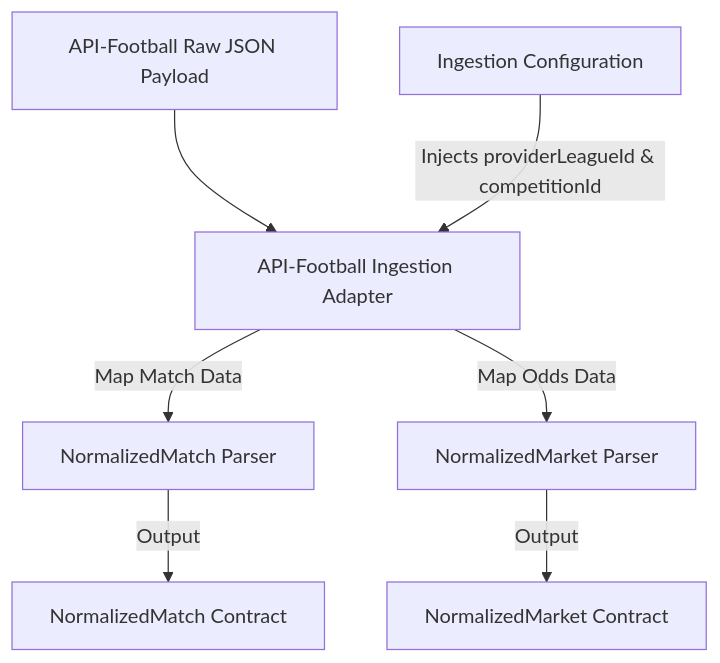
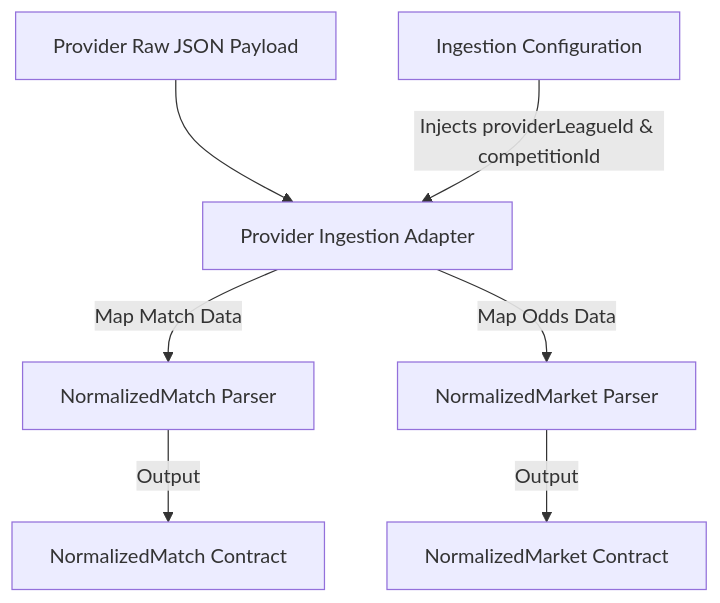
One commit to quylang88/miraichi changed the first of 2 diagrams in docs/data/phase-7-planning.md. Above: the diagram before and after it, drawn with Mermaid. The commit also changed other lines of this file and 14 other files, not shown here.

Commit message:
chore: update project plan, roadmap, and documentation to reflect partial ADR acceptance for Phase 7

````diff
--- a/docs/data/phase-7-planning.md
+++ b/docs/data/phase-7-planning.md
@@ -73,9 +77,9 @@
 ```mermaid
 graph TD
-    RawPayload[API-Football Raw JSON Payload] --> IngestAdapter[API-Football Ingestion Adapter]
+    RawPayload[Provider Raw JSON Payload] --> IngestAdapter[Provider Ingestion Adapter]
     Config[Ingestion Configuration] -->|Injects providerLeagueId & competitionId| IngestAdapter
     IngestAdapter -->|Map Match Data| MatchParser[NormalizedMatch Parser]
     IngestAdapter -->|Map Odds Data| MarketParser[NormalizedMarket Parser]
     MatchParser -->|Output| NormalizedMatch[NormalizedMatch Contract]
     MarketParser -->|Output| NormalizedMarket[NormalizedMarket Contract]
 ```
````
